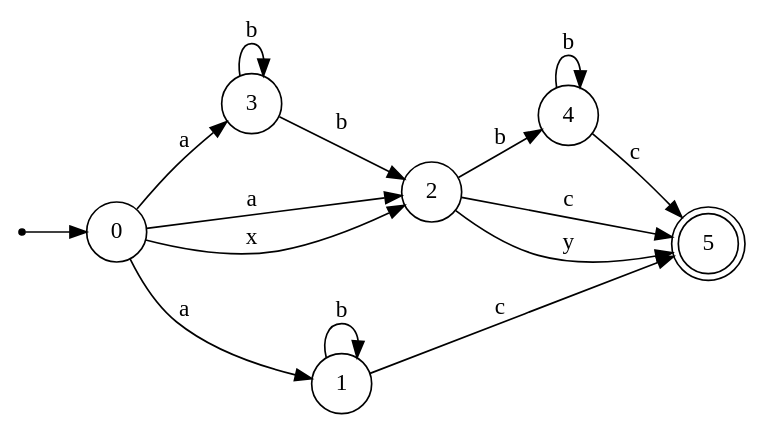
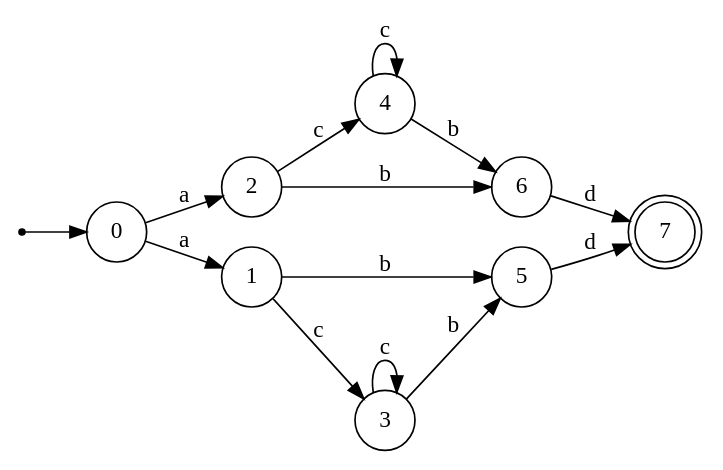
The diagram in nfa.gv (LeonardoDeFaveri/NFA-minimization), drawn with Graphviz before and after one commit. The commit also changed 83 other files, not shown here.

```diff
--- a/nfa.gv
+++ b/nfa.gv
@@ -1,25 +1,26 @@
 digraph {
 	rankdir = LR;
 	size = "30,20";
 	node [shape = point]; "dummy0"
 	node [shape = circle]; "0"
 	"dummy0" -> "0";
+	node [shape = circle]; "4";
+	node [shape = circle]; "5";
+	node [shape = circle]; "6";
+	node [shape = circle]; "3";
 	node [shape = circle]; "2";
-	node [shape = doublecircle]; "5";
+	node [shape = doublecircle]; "7";
 	node [shape = circle]; "1";
-	node [shape = circle]; "4";
-	node [shape = circle]; "3";
-	"3" -> "2" [label = "b"];
-	"3" -> "3" [label = "b"];
+	"3" -> "5" [label = "b"];
+	"3" -> "3" [label = "c"];
 	"0" -> "2" [label = "a"];
-	"0" -> "3" [label = "a"];
 	"0" -> "1" [label = "a"];
-	"0" -> "2" [label = "x"];
-	"2" -> "4" [label = "b"];
-	"2" -> "5" [label = "c"];
-	"2" -> "5" [label = "y"];
-	"4" -> "4" [label = "b"];
-	"4" -> "5" [label = "c"];
-	"1" -> "1" [label = "b"];
-	"1" -> "5" [label = "c"];
+	"1" -> "3" [label = "c"];
+	"1" -> "5" [label = "b"];
+	"5" -> "7" [label = "d"];
+	"2" -> "6" [label = "b"];
+	"2" -> "4" [label = "c"];
+	"4" -> "4" [label = "c"];
+	"4" -> "6" [label = "b"];
+	"6" -> "7" [label = "d"];
 }
```
